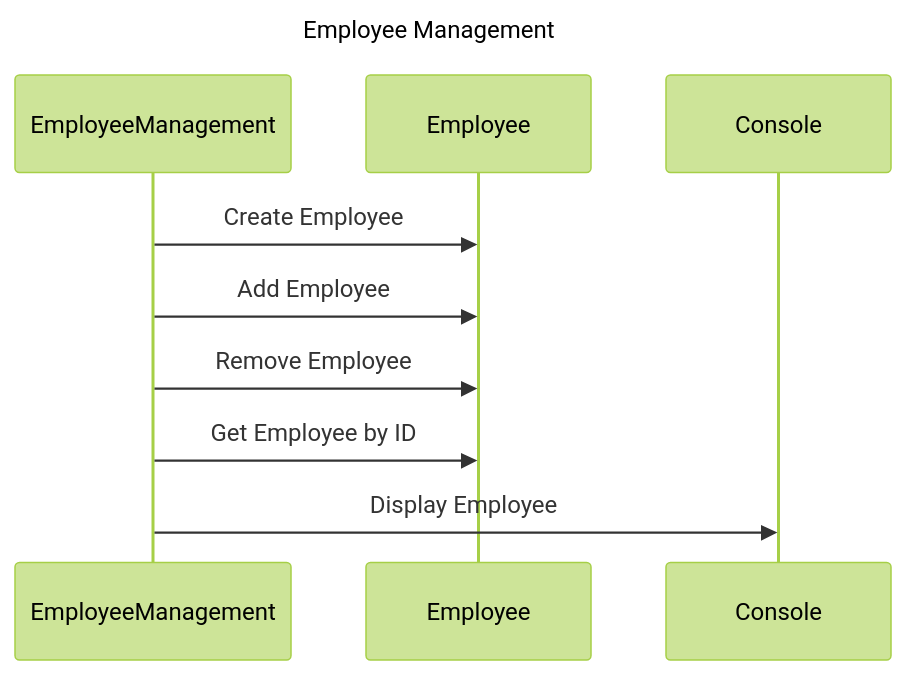
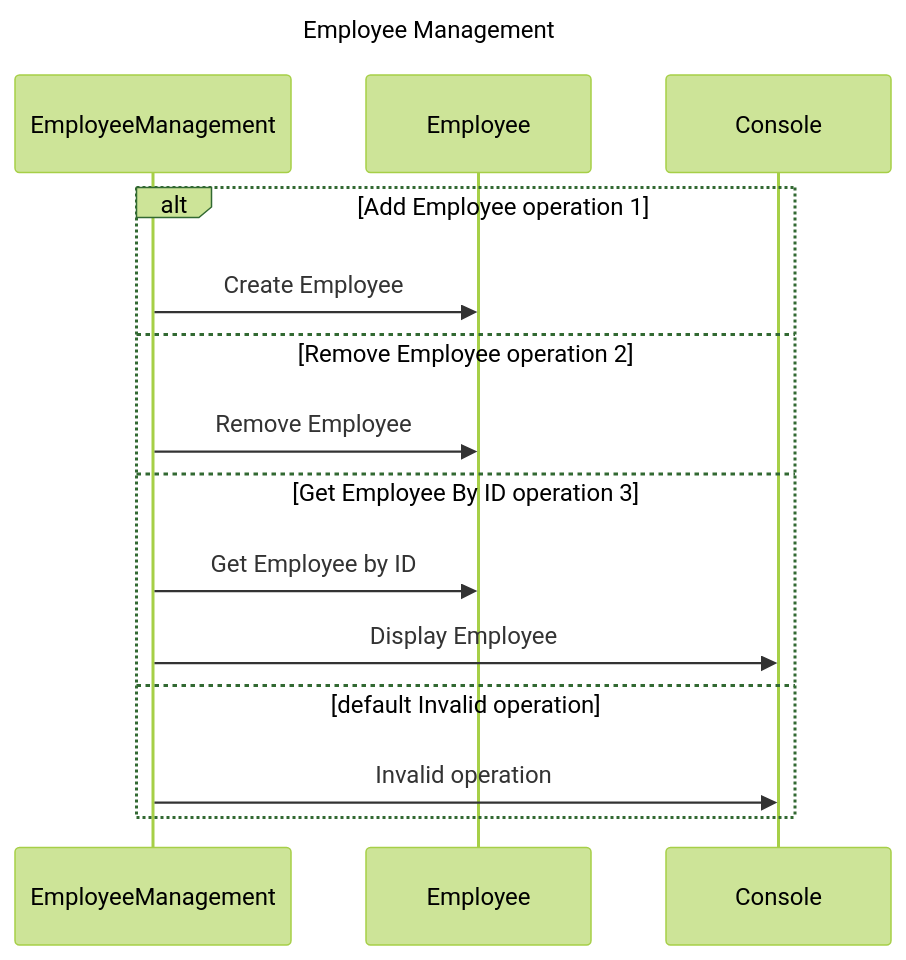
One commit to RichardHightower/docgen changed the sixth of 10 diagrams in src/main/templates/methods/example.md. Above: the diagram before and after it, drawn with Mermaid (forest theme). The commit also changed other lines of this file and 369 other files, not shown here.

````diff
--- a/src/main/templates/methods/example.md
+++ b/src/main/templates/methods/example.md
@@ -501,17 +325,23 @@
 ```mermaid
 ---
 title: Employee Management
 ---
 sequenceDiagram
-
-
+    
     participant EmployeeManagement
     participant Employee
     participant Console
 
-    EmployeeManagement->>Employee: Create Employee
-    EmployeeManagement->>Employee: Add Employee
-    EmployeeManagement->>Employee: Remove Employee
-    EmployeeManagement->>Employee: Get Employee by ID
-    EmployeeManagement->>Console: Display Employee
+    alt Add Employee operation 1
+        EmployeeManagement->>Employee: Create Employee
+
+    else Remove Employee operation 2
+
+        EmployeeManagement->>Employee: Remove Employee
+    else Get Employee By ID operation 3
+        EmployeeManagement->>Employee: Get Employee by ID
+        EmployeeManagement->>Console: Display Employee
+    else default Invalid operation
+        EmployeeManagement->>Console: Invalid operation
+    end
 ```
````
